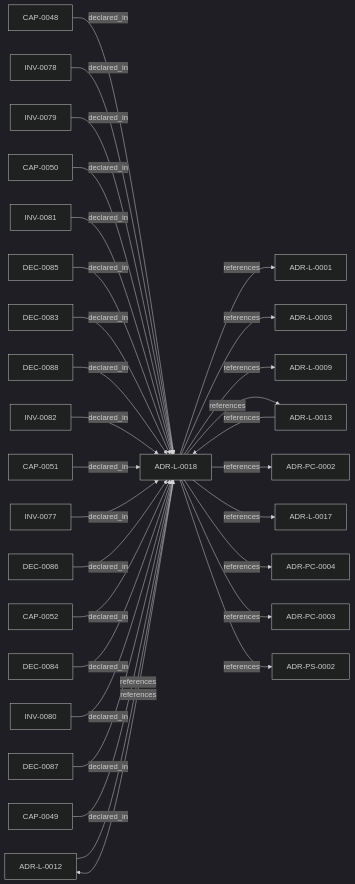
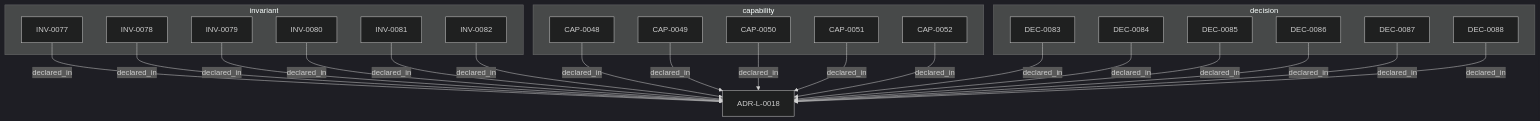
The diagram in adrs/adr-projection/logical/ADR-L-0018-schema-v1-2-and-normalized-semantic-foundation.md (egallmann/adr-architecture-kit), drawn with Mermaid (dark theme) before and after one commit. The commit also changed other lines of this file and 177 other files, not shown here.

````diff
--- a/adrs/adr-projection/logical/ADR-L-0018-schema-v1-2-and-normalized-semantic-foundation.md
+++ b/adrs/adr-projection/logical/ADR-L-0018-schema-v1-2-and-normalized-semantic-foundation.md
@@ -46,60 +79,44 @@
 ```mermaid
-flowchart LR
-  n_019fee89_e615_70a5_861b_b2dde147e5af["ADR-L-0001"]
-  n_019fee89_e615_77f6_9b1f_695732d25443["ADR-L-0003"]
-  n_019fee89_e616_744f_b63e_5ecddf344faa["ADR-L-0012"]
-  n_019fee89_e616_770c_a025_2c241a720730["ADR-L-0009"]
-  n_019fee89_e616_7c4e_953c_b7349412a784["ADR-L-0013"]
-  n_019fee89_e617_710a_b91f_e749ebab9a95["CAP-0048"]
-  n_019fee89_e617_7127_b03e_cb2f18ab6f9f["INV-0078"]
-  n_019fee89_e617_7285_b13f_2450ad706244["INV-0079"]
-  n_019fee89_e617_74cd_9331_2954d78dccf3["CAP-0050"]
-  n_019fee89_e617_7692_822b_3df6136ce156["INV-0081"]
-  n_019fee89_e617_7727_a81f_08c3a998a85c["DEC-0085"]
-  n_019fee89_e617_7736_a637_e6e472c4d4e6["DEC-0083"]
-  n_019fee89_e617_7a8f_823b_debcf147e747["DEC-0088"]
-  n_019fee89_e617_7abf_8f16_a6ad1f38722c["INV-0082"]
-  n_019fee89_e617_7ac8_803e_e3514c4e329a["CAP-0051"]
-  n_019fee89_e617_7aef_9f37_6e9c557332b3["INV-0077"]
-  n_019fee89_e617_7bd0_9d3c_066089251acd["DEC-0086"]
-  n_019fee89_e617_7bff_b43f_2fae0178d1be["CAP-0052"]
-  n_019fee89_e617_7c51_b52d_b348897b7c3d["DEC-0084"]
-  n_019fee89_e617_7d2b_8325_cd85ff814477["ADR-PC-0002"]
-  n_019fee89_e617_7e19_b51f_c06c900905ec["INV-0080"]
+flowchart TB
   n_019fee89_e617_7f4d_811d_4862645a55c5["ADR-L-0018"]
-  n_019fee89_e617_7f8c_813f_95975602bd7d["DEC-0087"]
-  n_019fee89_e617_7fcb_b717_247f38d13206["CAP-0049"]
-  n_019fee89_e617_7ff5_863b_1eef71637b0f["ADR-L-0017"]
-  n_019fee89_e618_73ce_aa2d_101276d64e33["ADR-PC-0004"]
-  n_019fee89_e618_7b76_843f_cfe21ceb2ea6["ADR-PC-0003"]
-  n_019fee89_e618_7d04_9337_4aa2d3258507["ADR-PS-0002"]
+  subgraph sg_capability["capability"]
+    n_019fee89_e617_710a_b91f_e749ebab9a95["CAP-0048"]
+    n_019fee89_e617_7fcb_b717_247f38d13206["CAP-0049"]
+    n_019fee89_e617_74cd_9331_2954d78dccf3["CAP-0050"]
+    n_019fee89_e617_7ac8_803e_e3514c4e329a["CAP-0051"]
+    n_019fee89_e617_7bff_b43f_2fae0178d1be["CAP-0052"]
+  end
+  subgraph sg_decision["decision"]
+    n_019fee89_e617_7736_a637_e6e472c4d4e6["DEC-0083"]
+    n_019fee89_e617_7c51_b52d_b348897b7c3d["DEC-0084"]
+    n_019fee89_e617_7727_a81f_08c3a998a85c["DEC-0085"]
+    n_019fee89_e617_7bd0_9d3c_066089251acd["DEC-0086"]
+    n_019fee89_e617_7f8c_813f_95975602bd7d["DEC-0087"]
+    n_019fee89_e617_7a8f_823b_debcf147e747["DEC-0088"]
+  end
+  subgraph sg_invariant["invariant"]
+    n_019fee89_e617_7aef_9f37_6e9c557332b3["INV-0077"]
+    n_019fee89_e617_7127_b03e_cb2f18ab6f9f["INV-0078"]
+    n_019fee89_e617_7285_b13f_2450ad706244["INV-0079"]
+    n_019fee89_e617_7e19_b51f_c06c900905ec["INV-0080"]
+    n_019fee89_e617_7692_822b_3df6136ce156["INV-0081"]
+    n_019fee89_e617_7abf_8f16_a6ad1f38722c["INV-0082"]
+  end
   n_019fee89_e617_710a_b91f_e749ebab9a95 -->|"declared_in"| n_019fee89_e617_7f4d_811d_4862645a55c5
   n_019fee89_e617_7127_b03e_cb2f18ab6f9f -->|"declared_in"| n_019fee89_e617_7f4d_811d_4862645a55c5
   n_019fee89_e617_7285_b13f_2450ad706244 -->|"declared_in"| n_019fee89_e617_7f4d_811d_4862645a55c5
   n_019fee89_e617_74cd_9331_2954d78dccf3 -->|"declared_in"| n_019fee89_e617_7f4d_811d_4862645a55c5
   n_019fee89_e617_7692_822b_3df6136ce156 -->|"declared_in"| n_019fee89_e617_7f4d_811d_4862645a55c5
   n_019fee89_e617_7727_a81f_08c3a998a85c -->|"declared_in"| n_019fee89_e617_7f4d_811d_4862645a55c5
   n_019fee89_e617_7736_a637_e6e472c4d4e6 -->|"declared_in"| n_019fee89_e617_7f4d_811d_4862645a55c5
   n_019fee89_e617_7a8f_823b_debcf147e747 -->|"declared_in"| n_019fee89_e617_7f4d_811d_4862645a55c5
   n_019fee89_e617_7abf_8f16_a6ad1f38722c -->|"declared_in"| n_019fee89_e617_7f4d_811d_4862645a55c5
   n_019fee89_e617_7ac8_803e_e3514c4e329a -->|"declared_in"| n_019fee89_e617_7f4d_811d_4862645a55c5
   n_019fee89_e617_7aef_9f37_6e9c557332b3 -->|"declared_in"| n_019fee89_e617_7f4d_811d_4862645a55c5
   n_019fee89_e617_7bd0_9d3c_066089251acd -->|"declared_in"| n_019fee89_e617_7f4d_811d_4862645a55c5
   n_019fee89_e617_7bff_b43f_2fae0178d1be -->|"declared_in"| n_019fee89_e617_7f4d_811d_4862645a55c5
   n_019fee89_e617_7c51_b52d_b348897b7c3d -->|"declared_in"| n_019fee89_e617_7f4d_811d_4862645a55c5
   n_019fee89_e617_7e19_b51f_c06c900905ec -->|"declared_in"| n_019fee89_e617_7f4d_811d_4862645a55c5
   n_019fee89_e617_7f8c_813f_95975602bd7d -->|"declared_in"| n_019fee89_e617_7f4d_811d_4862645a55c5
   n_019fee89_e617_7fcb_b717_247f38d13206 -->|"declared_in"| n_019fee89_e617_7f4d_811d_4862645a55c5
-  n_019fee89_e616_744f_b63e_5ecddf344faa -->|"references"| n_019fee89_e617_7f4d_811d_4862645a55c5
-  n_019fee89_e616_7c4e_953c_b7349412a784 -->|"references"| n_019fee89_e617_7f4d_811d_4862645a55c5
-  n_019fee89_e617_7f4d_811d_4862645a55c5 -->|"references"| n_019fee89_e615_70a5_861b_b2dde147e5af
-  n_019fee89_e617_7f4d_811d_4862645a55c5 -->|"references"| n_019fee89_e615_77f6_9b1f_695732d25443
-  n_019fee89_e617_7f4d_811d_4862645a55c5 -->|"references"| n_019fee89_e616_744f_b63e_5ecddf344faa
-  n_019fee89_e617_7f4d_811d_4862645a55c5 -->|"references"| n_019fee89_e616_770c_a025_2c241a720730
-  n_019fee89_e617_7f4d_811d_4862645a55c5 -->|"references"| n_019fee89_e616_7c4e_953c_b7349412a784
-  n_019fee89_e617_7f4d_811d_4862645a55c5 -->|"references"| n_019fee89_e617_7d2b_8325_cd85ff814477
-  n_019fee89_e617_7f4d_811d_4862645a55c5 -->|"references"| n_019fee89_e617_7ff5_863b_1eef71637b0f
-  n_019fee89_e617_7f4d_811d_4862645a55c5 -->|"references"| n_019fee89_e618_73ce_aa2d_101276d64e33
-  n_019fee89_e617_7f4d_811d_4862645a55c5 -->|"references"| n_019fee89_e618_7b76_843f_cfe21ceb2ea6
-  n_019fee89_e617_7f4d_811d_4862645a55c5 -->|"references"| n_019fee89_e618_7d04_9337_4aa2d3258507
 ```
````
